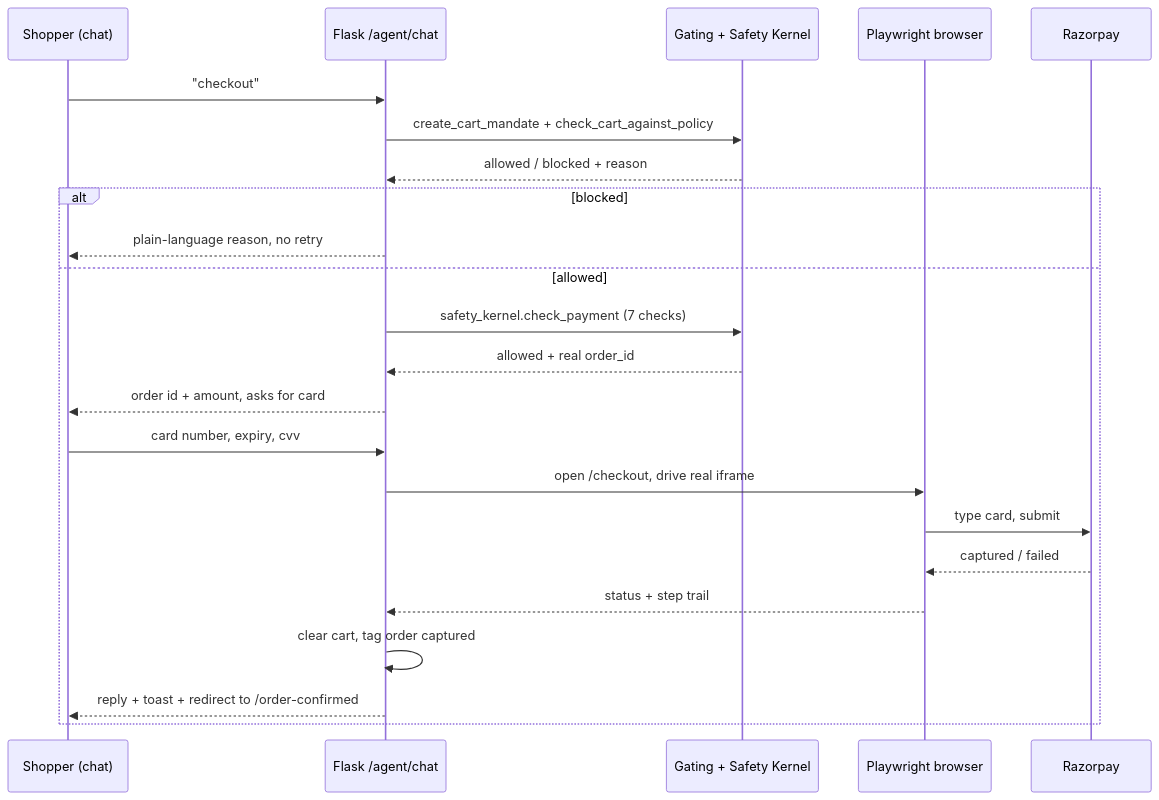
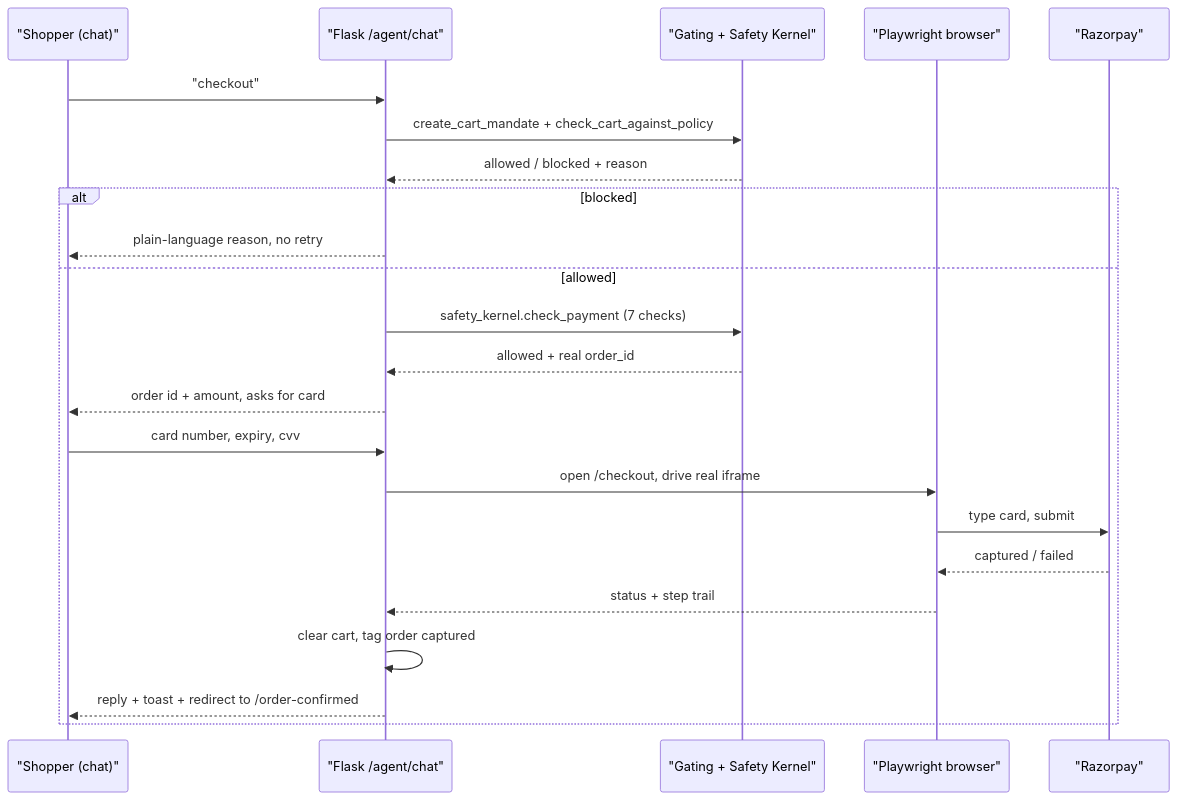
The second of 2 diagrams in README.md (RIDHIJ-19/cartmind), drawn with Mermaid before and after one commit.

Commit message:
Quote sequence-diagram participant aliases so GitHub's mermaid renderer accepts them

````diff
--- a/README.md
+++ b/README.md
@@ -168,26 +168,26 @@
 ```mermaid
 sequenceDiagram
-  participant U as Shopper (chat)
-  participant S as Flask /agent/chat
-  participant G as Gating + Safety Kernel
-  participant B as Playwright browser
-  participant R as Razorpay
+  participant U as "Shopper (chat)"
+  participant S as "Flask /agent/chat"
+  participant G as "Gating + Safety Kernel"
+  participant B as "Playwright browser"
+  participant R as "Razorpay"
 
   U->>S: "checkout"
   S->>G: create_cart_mandate + check_cart_against_policy
   G-->>S: allowed / blocked + reason
   alt blocked
     S-->>U: plain-language reason, no retry
   else allowed
     S->>G: safety_kernel.check_payment (7 checks)
     G-->>S: allowed + real order_id
     S-->>U: order id + amount, asks for card
     U->>S: card number, expiry, cvv
     S->>B: open /checkout, drive real iframe
     B->>R: type card, submit
     R-->>B: captured / failed
     B-->>S: status + step trail
     S->>S: clear cart, tag order captured
     S-->>U: reply + toast + redirect to /order-confirmed
   end
 ```
````
